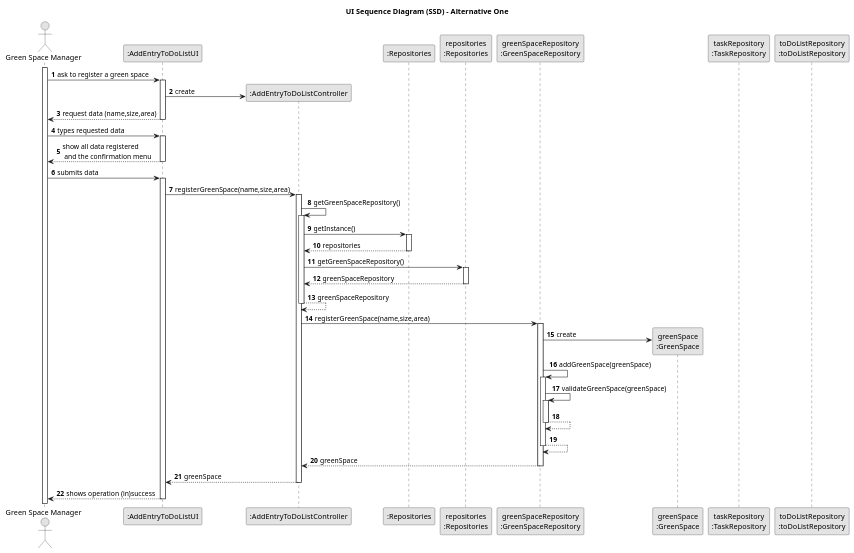
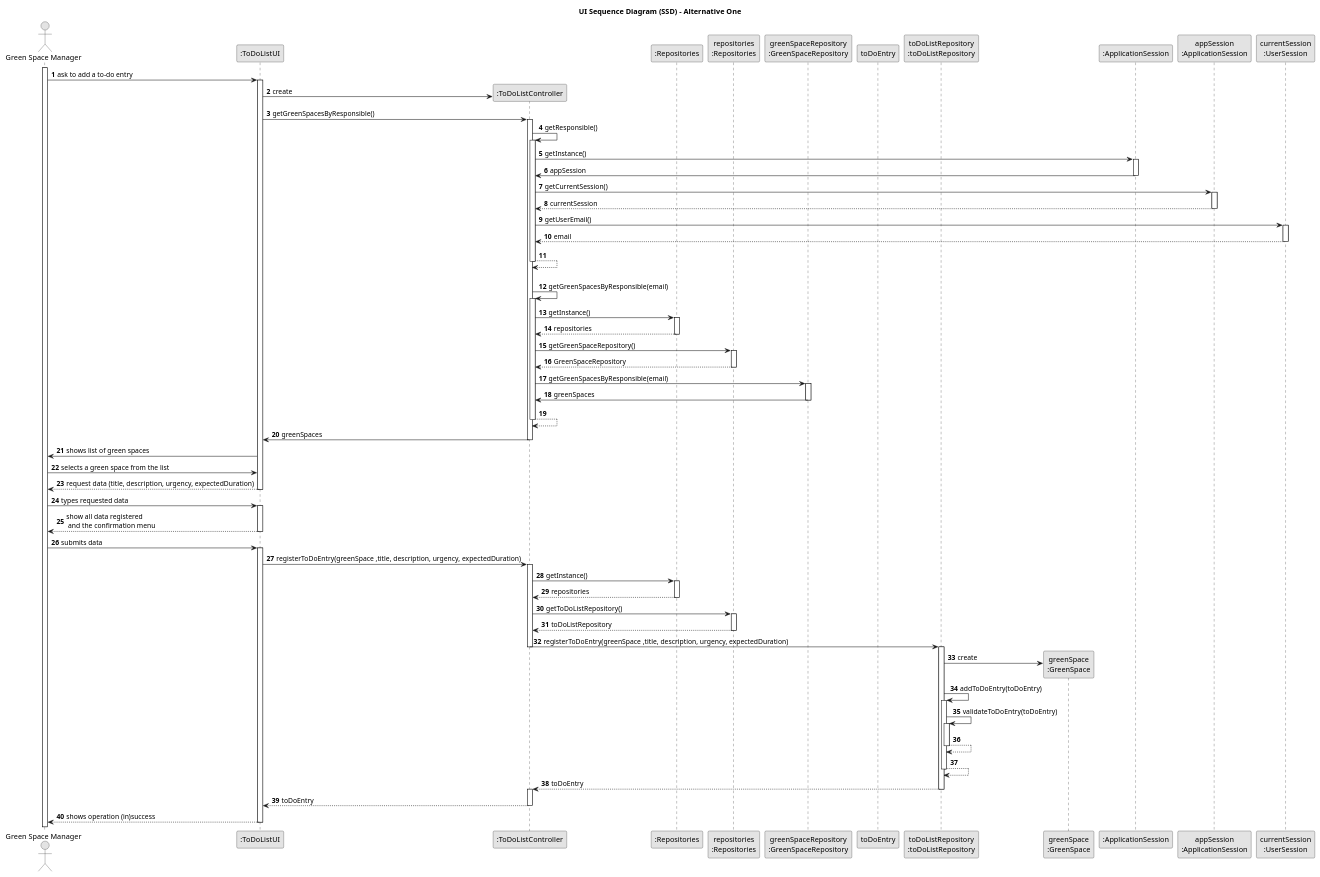
One commit to SAEmanuel/Green_Spaces_Management_ISEP changed the diagram in docs/sprintC/us021/03.design/puml/us021-sequence-diagram-full.puml. Above: the diagram before and after it, drawn with PlantUML. The commit also changed 13 other files, not shown here.

```diff
--- a/docs/sprintC/us021/03.design/puml/us021-sequence-diagram-full.puml
+++ b/docs/sprintC/us021/03.design/puml/us021-sequence-diagram-full.puml
@@ -1,89 +1,148 @@
 @startuml
 skinparam monochrome true
 skinparam packageStyle rectangle
 skinparam shadowing false
 
 title UI Sequence Diagram (SSD) - Alternative One
 
 autonumber
 
 actor "Green Space Manager" as Employee
-participant ":AddEntryToDoListUI" as UI
-participant ":AddEntryToDoListController" as CTRL
+participant ":ToDoListUI" as UI
+participant ":ToDoListController" as CTRL
 participant ":Repositories" as RepositorySingleton
 participant "repositories\n:Repositories" as PLAT
-participant "greenSpaceRepository\n:GreenSpaceRepository" as greenSpaceRepository
-participant "greenSpace\n:GreenSpace" as EMPREGO
-participant "taskRepository\n:TaskRepository" as taskRepository
+participant "greenSpaceRepository\n:GreenSpaceRepository" as GREENSpaceRepository
+participant "toDoEntry" as ENTRY
 participant "toDoListRepository\n:toDoListRepository" as toDoListRepository
-
+participant "greenSpace\n:GreenSpace" as GREEN
+participant ":ApplicationSession" as _APP
+participant "appSession\n:ApplicationSession" as APP
+participant "currentSession\n:UserSession" as SESSAO
 
 activate Employee
 
-    Employee -> UI : ask to register a green space
+    Employee -> UI : ask to add a to-do entry
     activate UI
 
     UI -> CTRL** : create
 
-        UI --> Employee : request data (name,size,area)
+    UI -> CTRL : getGreenSpacesByResponsible()
+    activate CTRL
+
+    CTRL -> CTRL : getResponsible()
+    activate CTRL
+
+                    CTRL -> _APP: getInstance()
+                    activate _APP
+                        _APP -> CTRL: appSession
+                    deactivate _APP
+
+
+                    CTRL -> APP: getCurrentSession()
+                    activate APP
+
+                        APP --> CTRL: currentSession
+                    deactivate APP
+
+                    CTRL -> SESSAO: getUserEmail()
+                    activate SESSAO
+
+                        SESSAO --> CTRL: email
+                    deactivate SESSAO
+                    CTRL --> CTRL
+                    deactivate CTRL
+                    |||
+
+                    CTRL -> CTRL : getGreenSpacesByResponsible(email)
+                    activate CTRL
+
+                    CTRL -> RepositorySingleton : getInstance()
+                    activate RepositorySingleton
+
+                    RepositorySingleton --> CTRL: repositories
+                    deactivate RepositorySingleton
+
+                    CTRL -> PLAT : getGreenSpaceRepository()
+                    activate PLAT
+
+                    PLAT --> CTRL: GreenSpaceRepository
+                    deactivate PLAT
+
+                    CTRL -> GREENSpaceRepository : getGreenSpacesByResponsible(email)
+
+                    activate GREENSpaceRepository
+
+                    GREENSpaceRepository -> CTRL : greenSpaces
+                    deactivate GREENSpaceRepository
+                    CTRL --> CTRL
+                    deactivate CTRL
+
+
+                    CTRL -> UI : greenSpaces
+
+                    deactivate CTRL
+
+
+        UI -> Employee : shows list of green spaces
+
+        Employee -> UI : selects a green space from the list
+
+        UI --> Employee : request data (title, description, urgency, expectedDuration)
     deactivate UI
 
     Employee -> UI : types requested data
 
     activate UI
 
         UI --> Employee : show all data registered\n and the confirmation menu
     deactivate UI
 
     Employee -> UI : submits data
     activate UI
 
-    UI -> CTRL : registerGreenSpace(name,size,area)
+    UI -> CTRL : registerToDoEntry(greenSpace ,title, description, urgency, expectedDuration)
     activate CTRL
 
-    CTRL -> CTRL : getGreenSpaceRepository()
-    activate CTRL
 
 
         CTRL -> RepositorySingleton : getInstance()
         activate RepositorySingleton
 
         RepositorySingleton --> CTRL: repositories
         deactivate RepositorySingleton
 
-        CTRL -> PLAT : getGreenSpaceRepository()
+        CTRL -> PLAT : getToDoListRepository()
         activate PLAT
 
-        PLAT --> CTRL: greenSpaceRepository
+        PLAT --> CTRL: toDoListRepository
         deactivate PLAT
 
-        CTRL --> CTRL : greenSpaceRepository
+    CTRL -> toDoListRepository : registerToDoEntry(greenSpace ,title, description, urgency, expectedDuration)
+      deactivate CTRL
+    activate toDoListRepository
 
-    deactivate CTRL
+    toDoListRepository -> GREEN** : create
 
-    CTRL -> greenSpaceRepository : registerGreenSpace(name,size,area)
-    activate greenSpaceRepository
+    toDoListRepository -> toDoListRepository : addToDoEntry(toDoEntry)
+    activate toDoListRepository
 
-    greenSpaceRepository -> EMPREGO** : create
+    toDoListRepository -> toDoListRepository : validateToDoEntry(toDoEntry)
+    activate toDoListRepository
 
-    greenSpaceRepository -> greenSpaceRepository : addGreenSpace(greenSpace)
+    toDoListRepository --> toDoListRepository
+    deactivate toDoListRepository
+    toDoListRepository --> toDoListRepository
+    deactivate toDoListRepository
 
-    activate greenSpaceRepository
-    greenSpaceRepository -> greenSpaceRepository : validateGreenSpace(greenSpace)
-    activate greenSpaceRepository
-    greenSpaceRepository --> greenSpaceRepository
-    deactivate greenSpaceRepository
-    greenSpaceRepository --> greenSpaceRepository
-    deactivate greenSpaceRepository
+    toDoListRepository --> CTRL : toDoEntry
+    deactivate toDoListRepository
 
-
-
-    greenSpaceRepository --> CTRL : greenSpace
-    deactivate greenSpaceRepository
-    CTRL --> UI : greenSpace
+    activate CTRL
+    CTRL --> UI : toDoEntry
     deactivate CTRL
 
         UI --> Employee : shows operation (in)success
     deactivate UI
 
 @enduml
```
